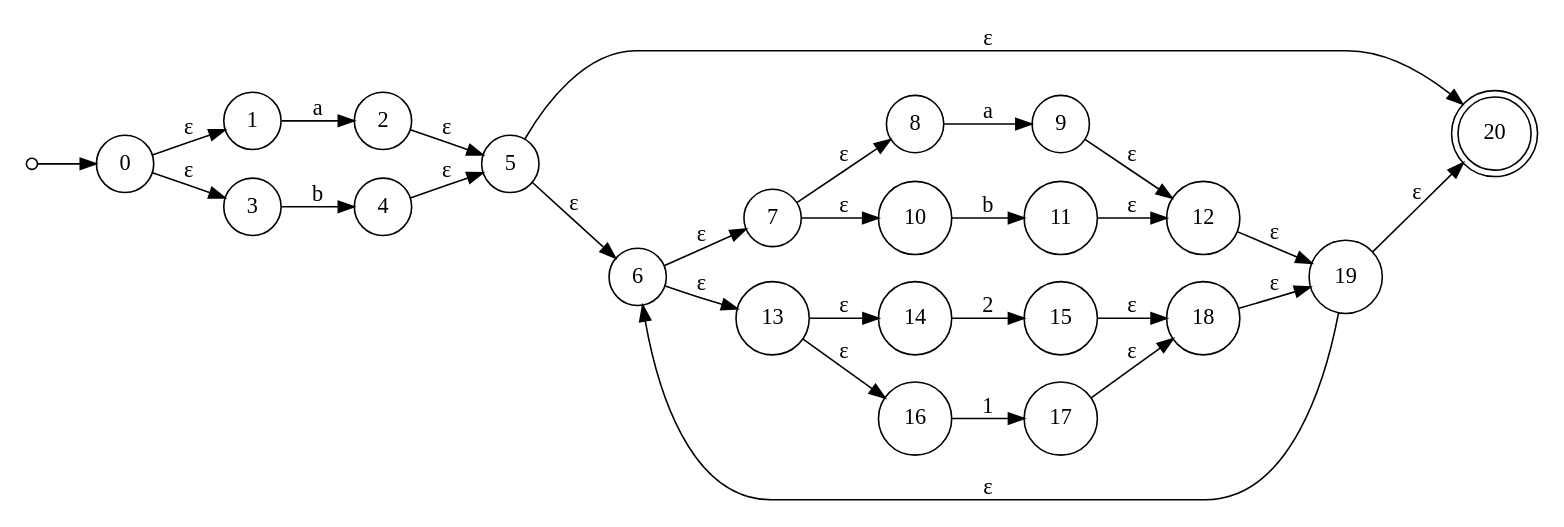
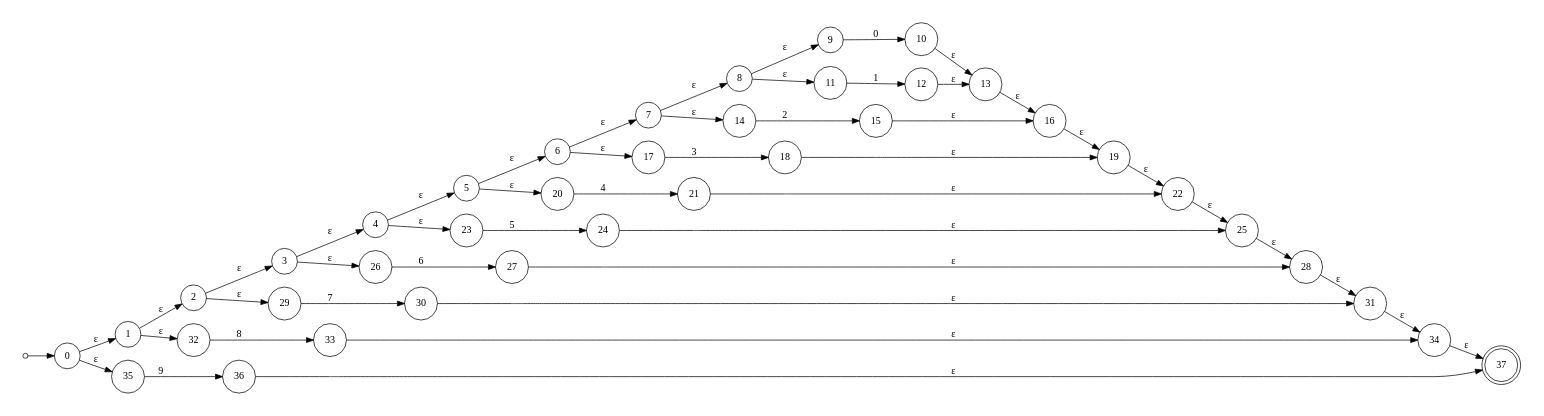
Before and after one commit to EstebanAG1005/LaboratorioC-Lenguajes: the diagram in nfa2.gv, drawn with Graphviz. The commit also changed 24 other files, not shown here.

```diff
--- a/nfa2.gv
+++ b/nfa2.gv
@@ -1,34 +1,54 @@
 digraph {
 	rankdir=LR size="8,5"
 	node [shape=doublecircle]
-	20
+	37
 	node [shape=circle]
 	start [label="" height=0.1 width=0.1]
 	start -> 0 [label=""]
 	0 -> 1 [label="ε"]
-	0 -> 3 [label="ε"]
-	1 -> 2 [label=a]
-	3 -> 4 [label=b]
-	2 -> 5 [label="ε"]
+	0 -> 35 [label="ε"]
+	1 -> 2 [label="ε"]
+	1 -> 32 [label="ε"]
+	2 -> 3 [label="ε"]
+	2 -> 29 [label="ε"]
+	3 -> 4 [label="ε"]
+	3 -> 26 [label="ε"]
 	4 -> 5 [label="ε"]
+	4 -> 23 [label="ε"]
 	5 -> 6 [label="ε"]
 	5 -> 20 [label="ε"]
 	6 -> 7 [label="ε"]
-	6 -> 13 [label="ε"]
+	6 -> 17 [label="ε"]
 	7 -> 8 [label="ε"]
-	7 -> 10 [label="ε"]
-	8 -> 9 [label=a]
-	10 -> 11 [label=b]
-	9 -> 12 [label="ε"]
-	11 -> 12 [label="ε"]
-	13 -> 14 [label="ε"]
+	7 -> 14 [label="ε"]
+	8 -> 9 [label="ε"]
+	8 -> 11 [label="ε"]
+	9 -> 10 [label=0]
+	11 -> 12 [label=1]
+	10 -> 13 [label="ε"]
+	12 -> 13 [label="ε"]
+	14 -> 15 [label=2]
 	13 -> 16 [label="ε"]
-	14 -> 15 [label=2]
-	16 -> 17 [label=1]
-	15 -> 18 [label="ε"]
-	17 -> 18 [label="ε"]
-	12 -> 19 [label="ε"]
+	15 -> 16 [label="ε"]
+	17 -> 18 [label=3]
+	16 -> 19 [label="ε"]
 	18 -> 19 [label="ε"]
-	19 -> 6 [label="ε"]
-	19 -> 20 [label="ε"]
+	20 -> 21 [label=4]
+	19 -> 22 [label="ε"]
+	21 -> 22 [label="ε"]
+	23 -> 24 [label=5]
+	22 -> 25 [label="ε"]
+	24 -> 25 [label="ε"]
+	26 -> 27 [label=6]
+	25 -> 28 [label="ε"]
+	27 -> 28 [label="ε"]
+	29 -> 30 [label=7]
+	28 -> 31 [label="ε"]
+	30 -> 31 [label="ε"]
+	32 -> 33 [label=8]
+	31 -> 34 [label="ε"]
+	33 -> 34 [label="ε"]
+	35 -> 36 [label=9]
+	34 -> 37 [label="ε"]
+	36 -> 37 [label="ε"]
 }
```
